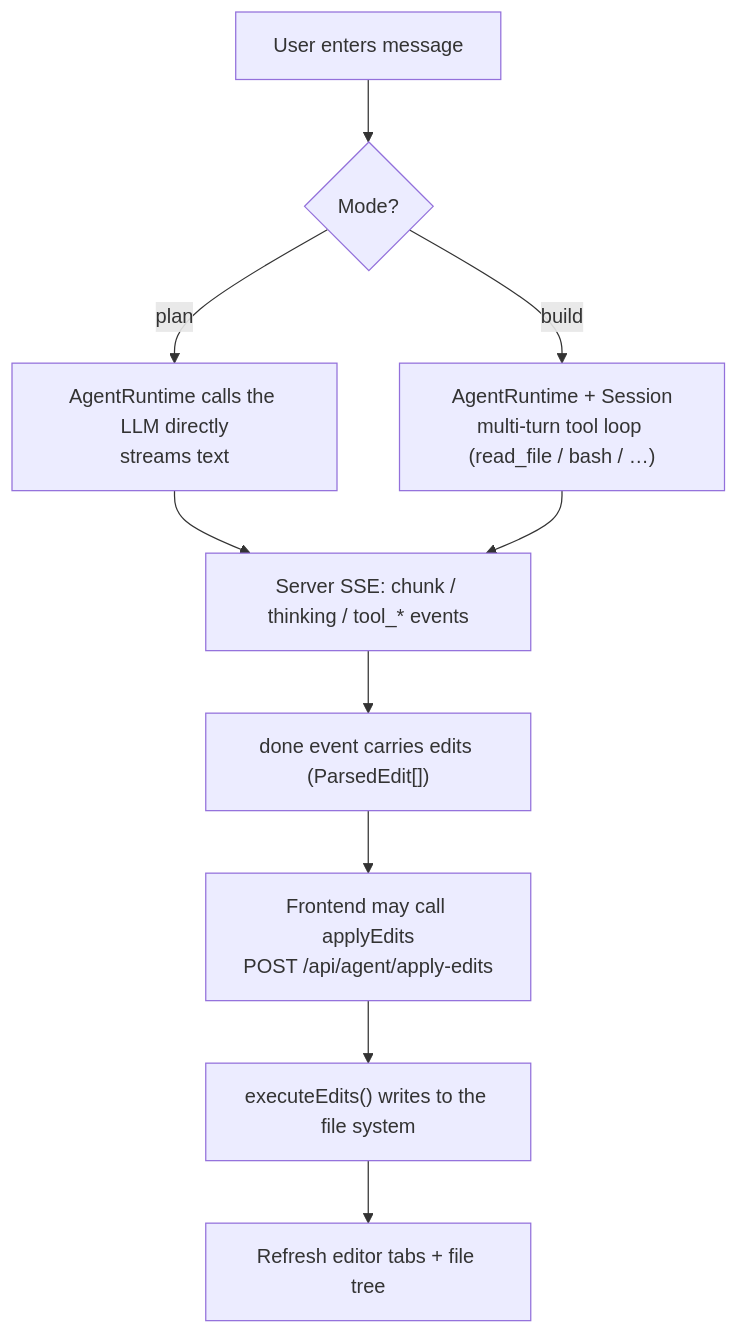
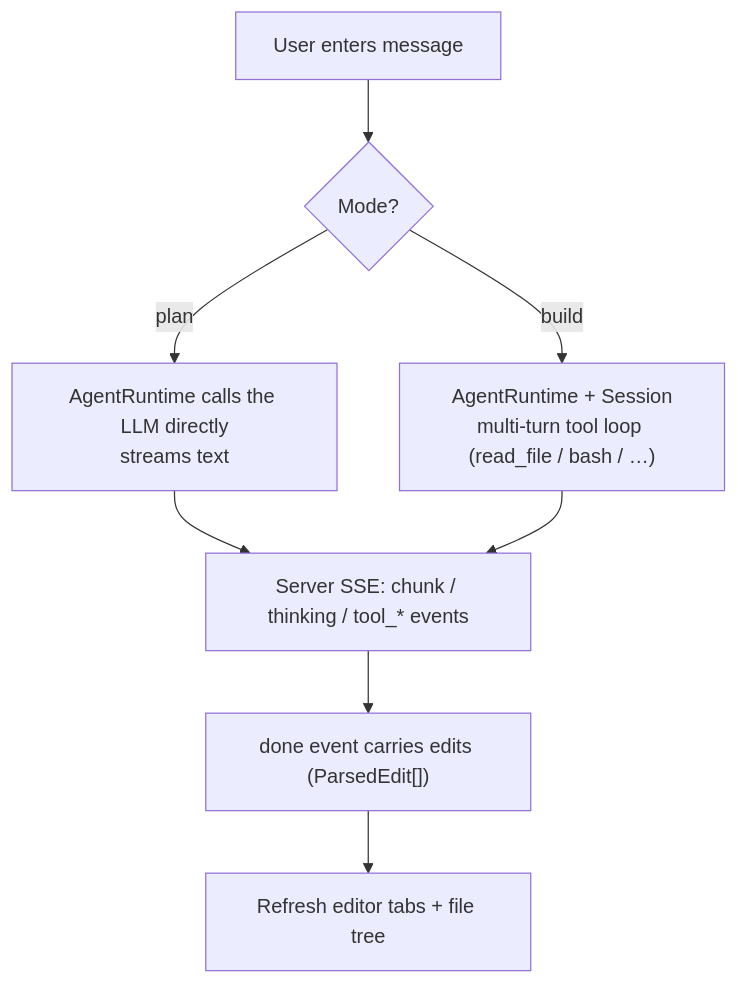
The fourth of 5 diagrams in README_EN.md (yishuw/Openwork_wy), drawn with Mermaid before and after one commit. The commit also changed other lines of this file and 7 other files, not shown here.

````diff
--- a/README_EN.md
+++ b/README_EN.md
@@ -233,12 +233,10 @@
 ```mermaid
 flowchart TD
     U["User enters message"] --> M{"Mode?"}
     M -->|plan| PL["AgentRuntime calls the LLM directly<br/>streams text"]
     M -->|build| BD["AgentRuntime + Session<br/>multi-turn tool loop (read_file / bash / …)"]
     PL --> SSE["Server SSE: chunk / thinking / tool_* events"]
     BD --> SSE
     SSE --> DONE["done event carries edits (ParsedEdit[])"]
-    DONE --> AP["Frontend may call applyEdits<br/>POST /api/agent/apply-edits"]
-    AP --> EX["executeEdits() writes to the file system"]
-    EX --> RF["Refresh editor tabs + file tree"]
+    DONE --> REF["Refresh editor tabs + file tree"]
 ```
````
